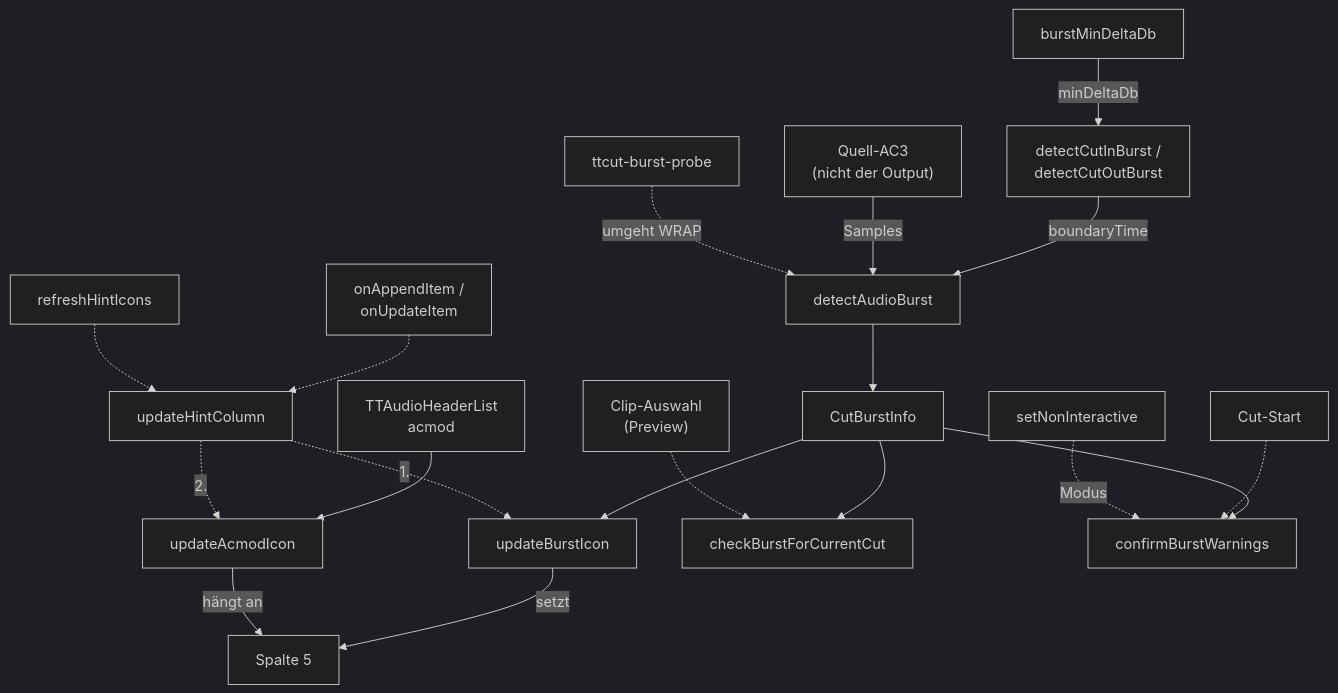
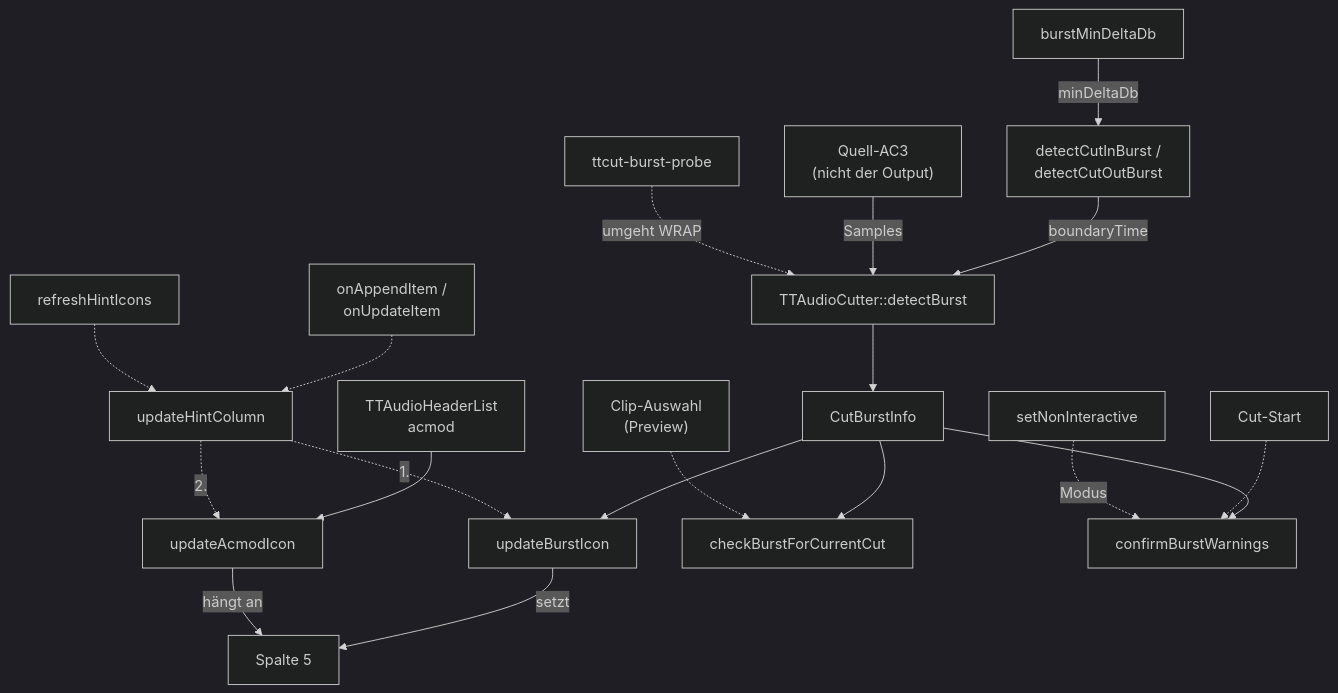
One commit to MINIXJR/TTCut-ng changed the diagram in docs/code-map/burst-detection.md. Above: the diagram before and after it, drawn with Mermaid (dark theme). The commit also changed other lines of this file and 24 other files, not shown here.

````diff
--- a/docs/code-map/burst-detection.md
+++ b/docs/code-map/burst-detection.md
@@ -46,44 +46,44 @@
 ```mermaid
 flowchart TD
     SRC["Quell-AC3<br/>(nicht der Output)"]
     SET["burstMinDeltaDb"]
     HDR["TTAudioHeaderList<br/>acmod"]
 
     WRAP["detectCutInBurst /<br/>detectCutOutBurst"]
-    DET["detectAudioBurst"]
+    DET["TTAudioCutter::detectBurst"]
     RES["CutBurstInfo"]
 
     BURST["updateBurstIcon"]
     ACMOD["updateAcmodIcon"]
     COL5["Spalte 5"]
     PREV["checkBurstForCurrentCut"]
     FINAL["confirmBurstWarnings"]
 
     HINT["updateHintColumn"]
     APPEND["onAppendItem /<br/>onUpdateItem"]
     REFRESH["refreshHintIcons"]
     SEL["Clip-Auswahl<br/>(Preview)"]
     CUTRUN["Cut-Start"]
     NONINT["setNonInteractive"]
     PROBE["ttcut-burst-probe"]
 
     SET -->|"minDeltaDb"| WRAP
     WRAP -->|"boundaryTime"| DET
     SRC -->|"Samples"| DET
     DET --> RES
     RES --> BURST
     RES --> PREV
     RES --> FINAL
     HDR --> ACMOD
     BURST -->|"setzt"| COL5
     ACMOD -->|"hängt an"| COL5
 
     APPEND -.-> HINT
     REFRESH -.-> HINT
     HINT -. "1." .-> BURST
     HINT -. "2." .-> ACMOD
     SEL -.-> PREV
     CUTRUN -.-> FINAL
     NONINT -. "Modus" .-> FINAL
     PROBE -. "umgeht WRAP" .-> DET
 ```
````
